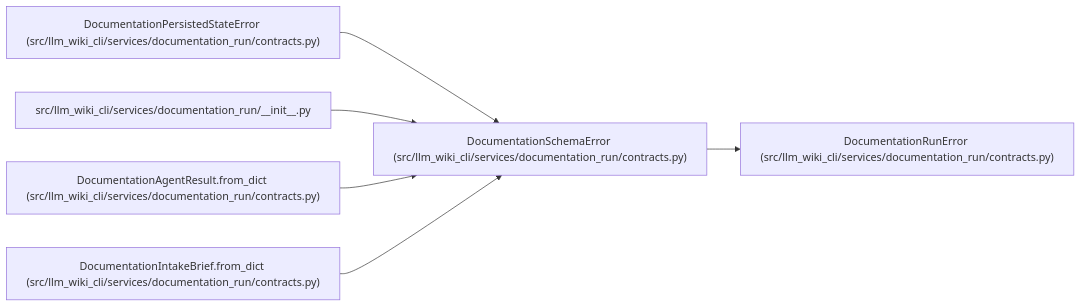
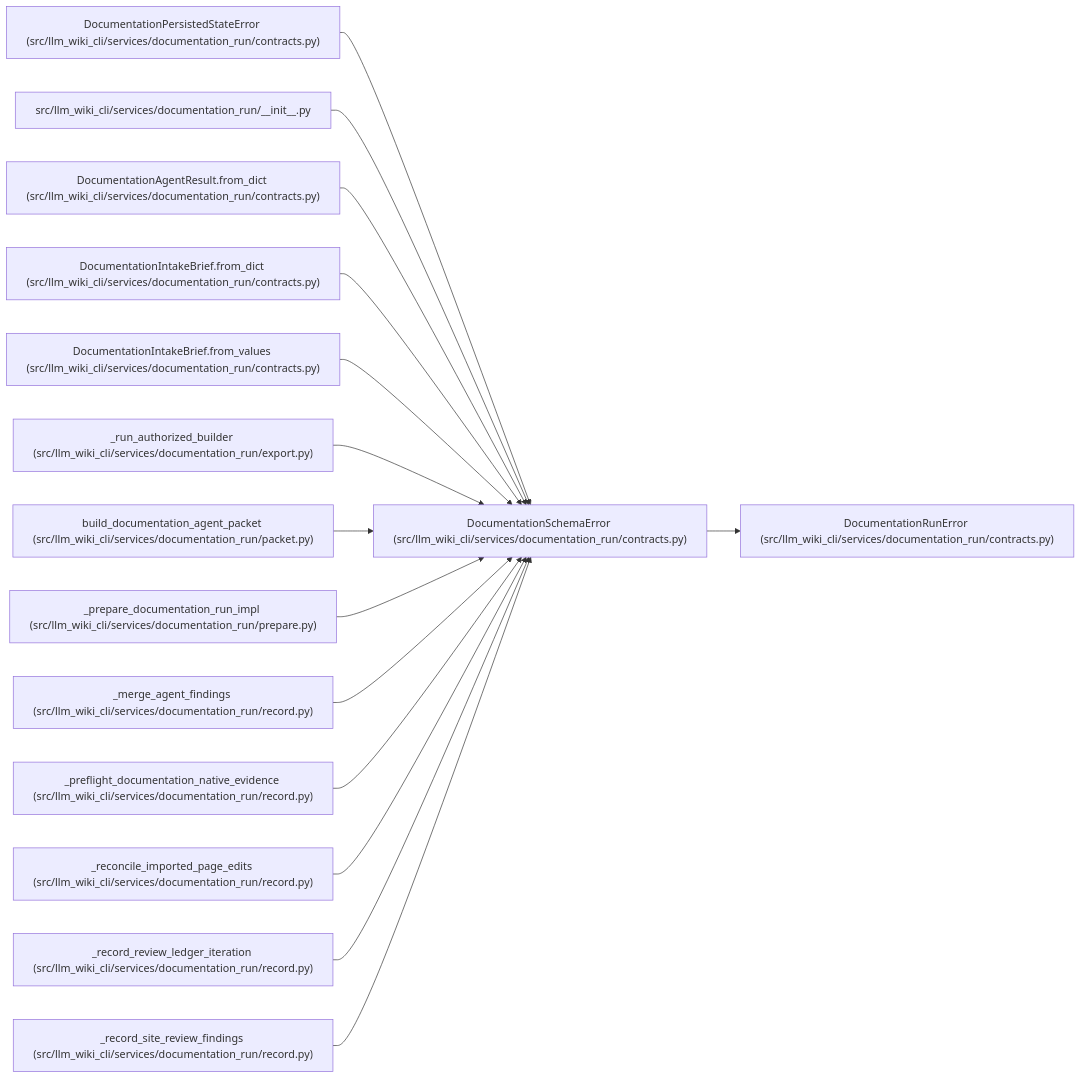
One commit to Denissvgn/python-wiki-llm changed the diagram in docs/llm_wiki/entities/DocumentationSchemaError.md. Above: the diagram before and after it, drawn with Mermaid. The commit also changed other lines of this file and 493 other files, not shown here.

````diff
--- a/docs/llm_wiki/entities/DocumentationSchemaError.md
+++ b/docs/llm_wiki/entities/DocumentationSchemaError.md
@@ -23,20 +23,47 @@
 ```mermaid
 flowchart LR
     n0["DocumentationSchemaError (src/llm_wiki_cli/services/documentation_run/contracts.py)"]
     n1["DocumentationRunError (src/llm_wiki_cli/services/documentation_run/contracts.py)"]
     n2["DocumentationPersistedStateError (src/llm_wiki_cli/services/documentation_run/contracts.py)"]
     n3["src/llm_wiki_cli/services/documentation_run/__init__.py"]
     n4["DocumentationAgentResult.from_dict (src/llm_wiki_cli/services/documentation_run/contracts.py)"]
     n5["DocumentationIntakeBrief.from_dict (src/llm_wiki_cli/services/documentation_run/contracts.py)"]
+    n6["DocumentationIntakeBrief.from_values (src/llm_wiki_cli/services/documentation_run/contracts.py)"]
+    n7["_run_authorized_builder (src/llm_wiki_cli/services/documentation_run/export.py)"]
+    n8["build_documentation_agent_packet (src/llm_wiki_cli/services/documentation_run/packet.py)"]
+    n9["_prepare_documentation_run_impl (src/llm_wiki_cli/services/documentation_run/prepare.py)"]
+    n10["_merge_agent_findings (src/llm_wiki_cli/services/documentation_run/record.py)"]
+    n11["_preflight_documentation_native_evidence (src/llm_wiki_cli/services/documentation_run/record.py)"]
+    n12["_reconcile_imported_page_edits (src/llm_wiki_cli/services/documentation_run/record.py)"]
+    n13["_record_review_ledger_iteration (src/llm_wiki_cli/services/documentation_run/record.py)"]
+    n14["_record_site_review_findings (src/llm_wiki_cli/services/documentation_run/record.py)"]
     n0 --> n1
     n2 --> n0
     n3 --> n0
     n4 --> n0
     n5 --> n0
+    n6 --> n0
+    n7 --> n0
+    n8 --> n0
+    n9 --> n0
+    n10 --> n0
+    n11 --> n0
+    n12 --> n0
+    n13 --> n0
+    n14 --> n0
     click n0 "../modules/documentation_run_contracts.md"
     click n1 "../modules/documentation_run_contracts.md"
     click n2 "../modules/documentation_run_contracts.md"
     click n3 "../modules/documentation_run___init__.md"
     click n4 "../modules/documentation_run_contracts.md"
     click n5 "../modules/documentation_run_contracts.md"
+    click n6 "../modules/documentation_run_contracts.md"
+    click n7 "../modules/export.md"
+    click n8 "../modules/packet.md"
+    click n9 "../modules/prepare.md"
+    click n10 "../modules/record.md"
+    click n11 "../modules/record.md"
+    click n12 "../modules/record.md"
+    click n13 "../modules/record.md"
+    click n14 "../modules/record.md"
 ```
````
